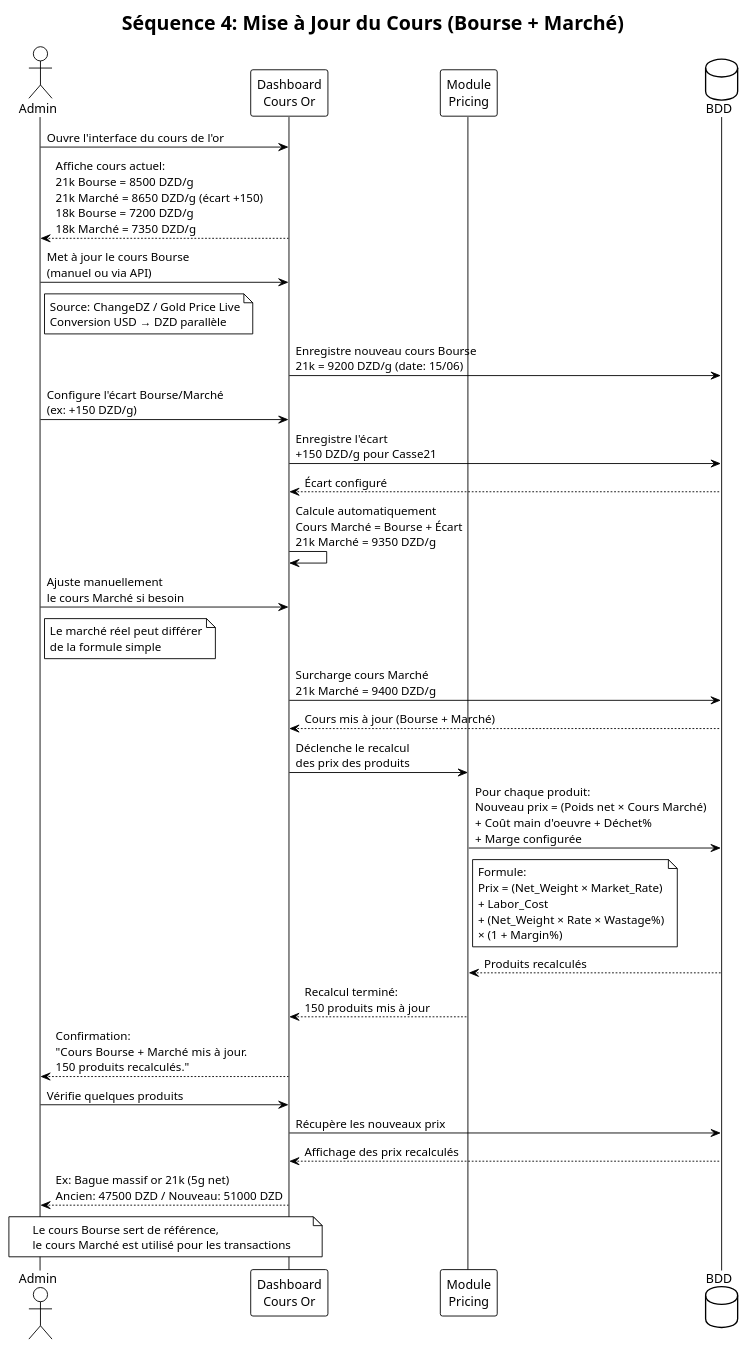
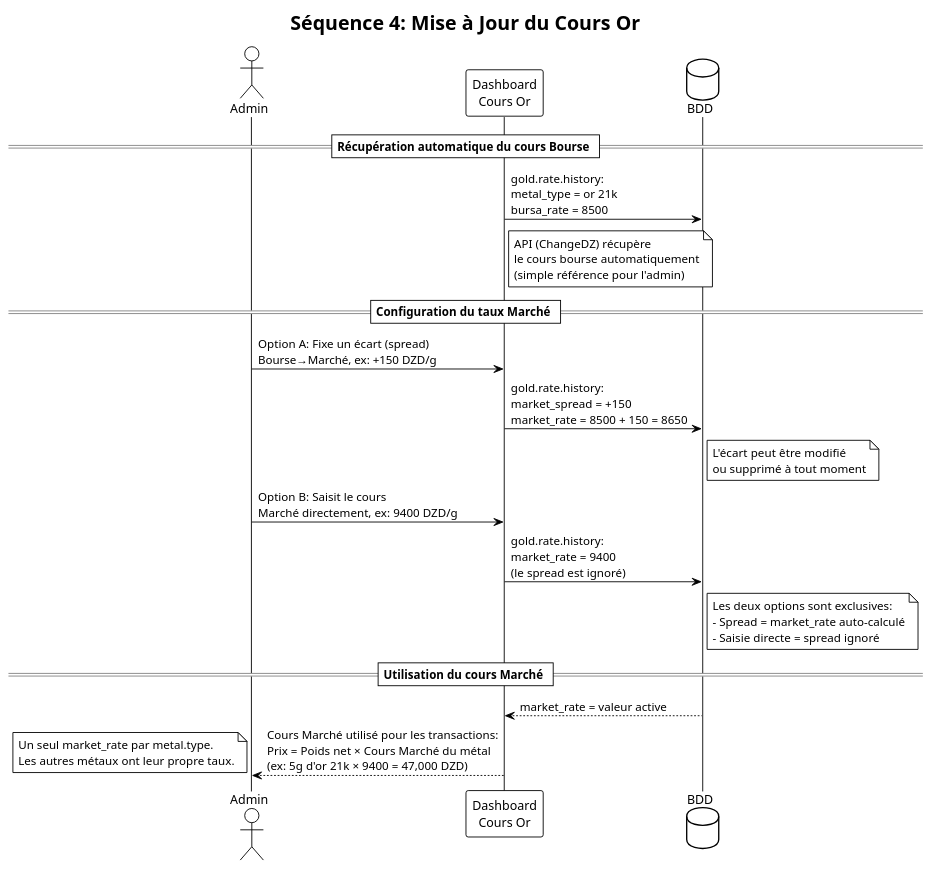
The diagram in docs/diagrams/seq_cours_or.puml (DawdBe/odoo-jawlery), drawn with PlantUML before and after one commit. The commit also changed 19 other files, not shown here.

```diff
--- a/docs/diagrams/seq_cours_or.puml
+++ b/docs/diagrams/seq_cours_or.puml
@@ -1,42 +1,32 @@
 @startuml
 !theme plain
-title "Séquence 4: Mise à Jour du Cours (Bourse + Marché)"
+title "Séquence 4: Mise à Jour du Cours Or"
 
 actor "Admin" as A
 participant "Dashboard\nCours Or" as DASH
-participant "Module\nPricing" as PRICE
 database "BDD" as DB4
 
-A -> DASH: Ouvre l'interface du cours de l'or
-DASH --> A: Affiche cours actuel:\n21k Bourse = 8500 DZD/g\n21k Marché = 8650 DZD/g (écart +150)\n18k Bourse = 7200 DZD/g\n18k Marché = 7350 DZD/g
+== Récupération automatique du cours Bourse ==
 
-A -> DASH: Met à jour le cours Bourse\n(manuel ou via API)
-note right A: Source: ChangeDZ / Gold Price Live\nConversion USD → DZD parallèle
-DASH -> DB4: Enregistre nouveau cours Bourse\n21k = 9200 DZD/g (date: 15/06)
+DASH -> DB4: gold.rate.history:\nmetal_type = or 21k\nbursa_rate = 8500
+note right DASH: API (ChangeDZ) récupère\nle cours bourse automatiquement\n(simple référence pour l'admin)
 
-A -> DASH: Configure l'écart Bourse/Marché\n(ex: +150 DZD/g)
-DASH -> DB4: Enregistre l'écart\n+150 DZD/g pour Casse21
-DB4 --> DASH: Écart configuré
-DASH -> DASH: Calcule automatiquement\nCours Marché = Bourse + Écart\n21k Marché = 9350 DZD/g
+== Configuration du taux Marché ==
 
-A -> DASH: Ajuste manuellement\nle cours Marché si besoin
-note right A: Le marché réel peut différer\nde la formule simple
-DASH -> DB4: Surcharge cours Marché\n21k Marché = 9400 DZD/g
+A -> DASH: Option A: Fixe un écart (spread)\nBourse→Marché, ex: +150 DZD/g
+DASH -> DB4: gold.rate.history:\nmarket_spread = +150\nmarket_rate = 8500 + 150 = 8650
 
-DB4 --> DASH: Cours mis à jour (Bourse + Marché)
+note right DB4: L'écart peut être modifié\nou supprimé à tout moment
 
-DASH -> PRICE: Déclenche le recalcul\ndes prix des produits
-PRICE -> DB4: Pour chaque produit:\nNouveau prix = (Poids net × Cours Marché)\n+ Coût main d'oeuvre + Déchet%\n+ Marge configurée
-note right PRICE: Formule:\nPrix = (Net_Weight × Market_Rate)\n+ Labor_Cost\n+ (Net_Weight × Rate × Wastage%)\n× (1 + Margin%)
-DB4 --> PRICE: Produits recalculés
+A -> DASH: Option B: Saisit le cours\nMarché directement, ex: 9400 DZD/g
+DASH -> DB4: gold.rate.history:\nmarket_rate = 9400\n(le spread est ignoré)
 
-PRICE --> DASH: Recalcul terminé:\n150 produits mis à jour
-DASH --> A: Confirmation:\n"Cours Bourse + Marché mis à jour.\n150 produits recalculés."
+note right DB4: Les deux options sont exclusives:\n- Spread = market_rate auto-calculé\n- Saisie directe = spread ignoré
 
-A -> DASH: Vérifie quelques produits
-DASH -> DB4: Récupère les nouveaux prix
-DB4 --> DASH: Affichage des prix recalculés
-DASH --> A: Ex: Bague massif or 21k (5g net)\nAncien: 47500 DZD / Nouveau: 51000 DZD
+== Utilisation du cours Marché ==
 
-note over A, DASH: Le cours Bourse sert de référence,\nle cours Marché est utilisé pour les transactions
+DB4 --> DASH: market_rate = valeur active
+
+DASH --> A: Cours Marché utilisé pour les transactions:\nPrix = Poids net × Cours Marché du métal\n(ex: 5g d'or 21k × 9400 = 47,000 DZD)
+note bottom: Un seul market_rate par metal.type.\nLes autres métaux ont leur propre taux.
 @enduml
```
